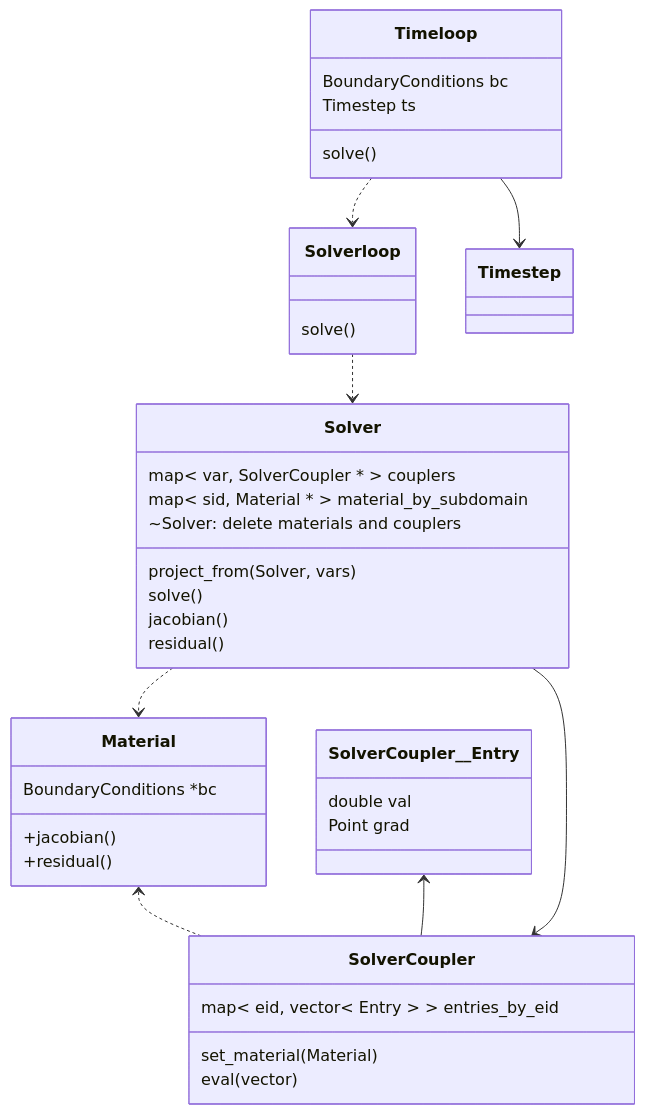
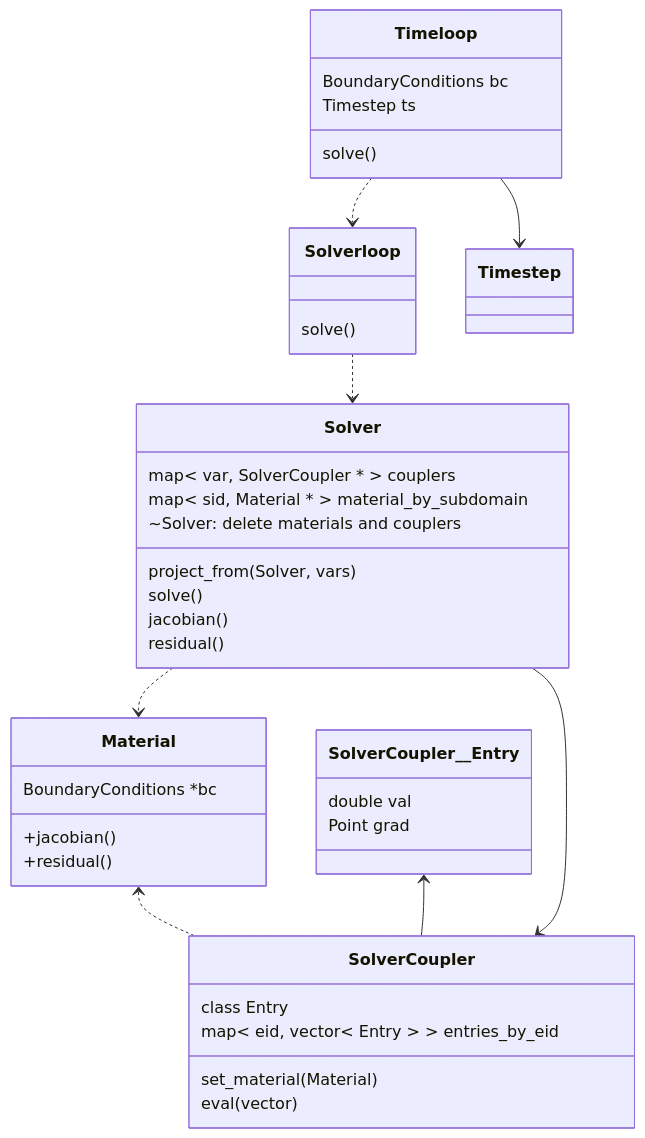
Before and after one commit to rebpoli/harpy: the first of 2 diagrams in doc/Description.md, drawn with Mermaid.

````diff
--- a/doc/Description.md
+++ b/doc/Description.md
@@ -20,49 +20,50 @@
 ```mermaid
 %% Interfaces, abstract classes
 classDiagram
     class Timeloop { 
         BoundaryConditions bc
         Timestep ts
         solve()
     }
 
     class Solverloop {
         solve()
     }
 
     class Solver {
         map< var, SolverCoupler * > couplers
         map< sid, Material * > material_by_subdomain
         ~Solver: delete materials and couplers
         project_from(Solver, vars)
         solve()
         jacobian()
         residual()
     }
 
 
     class Material {
         BoundaryConditions *bc
         +jacobian()
         +residual()
     }
 
     %% An entry of the coupler - a subclass
     class SolverCoupler__Entry { 
         double val
         Point grad 
     }
     class SolverCoupler {
+        class Entry
         map< eid, vector< Entry > > entries_by_eid
         set_material( Material )
         eval( vector<Point> )
     }
     Material <.. SolverCoupler
     SolverCoupler__Entry <-- SolverCoupler
     SolverCoupler <-- Solver
     Timeloop --> Timestep
     Timeloop ..> Solverloop
     Solverloop ..> Solver
     Solver..> Material
 
 ```
````
